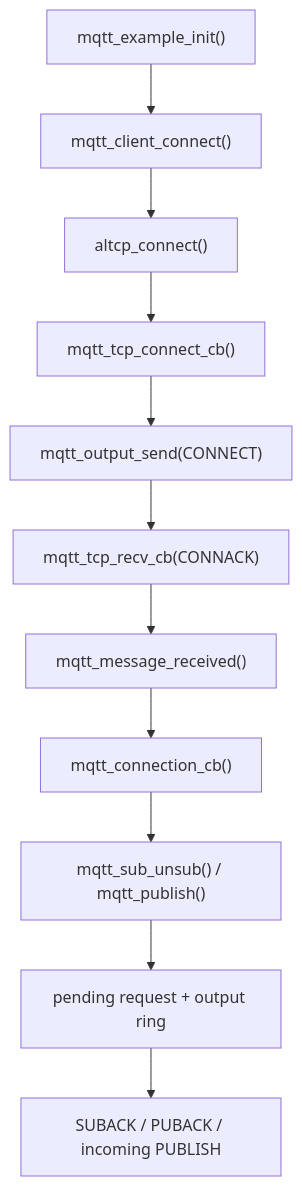
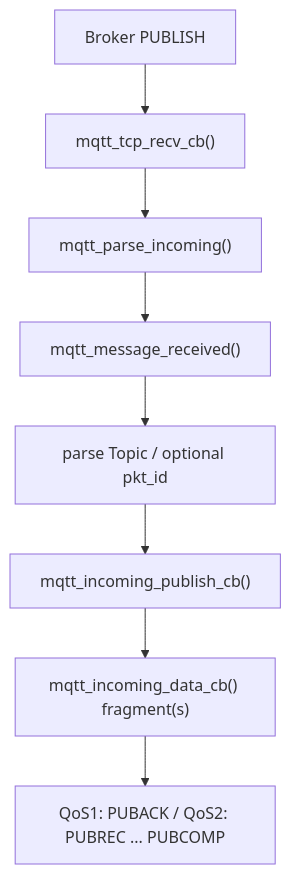
The tenth of 10 diagrams in docs/34-mqtt.md (wdfk-prog/lwIP-Source-Lab), drawn with Mermaid before and after one commit. The commit also changed other lines of this file and 49 other files, not shown here.

````diff
--- a/docs/34-mqtt.md
+++ b/docs/34-mqtt.md
@@ -310,13 +1295,10 @@
 ```mermaid
 flowchart TD
-    A["mqtt_example_init()"] --> B["mqtt_client_connect()"]
-    B --> C["altcp_connect()"]
-    C --> D["mqtt_tcp_connect_cb()"]
-    D --> E["mqtt_output_send(CONNECT)"]
-    E --> F["mqtt_tcp_recv_cb(CONNACK)"]
-    F --> G["mqtt_message_received()"]
-    G --> H["mqtt_connection_cb()"]
-    H --> I["mqtt_sub_unsub() / mqtt_publish()"]
-    I --> J["pending request + output ring"]
-    J --> K["SUBACK / PUBACK / incoming PUBLISH"]
+    A["Broker PUBLISH"] --> B["mqtt_tcp_recv_cb()"]
+    B --> C["mqtt_parse_incoming()"]
+    C --> D["mqtt_message_received()"]
+    D --> E["parse Topic / optional pkt_id"]
+    E --> F["mqtt_incoming_publish_cb()"]
+    F --> G["mqtt_incoming_data_cb() fragment(s)"]
+    G --> H["QoS1: PUBACK / QoS2: PUBREC ... PUBCOMP"]
 ```
````
